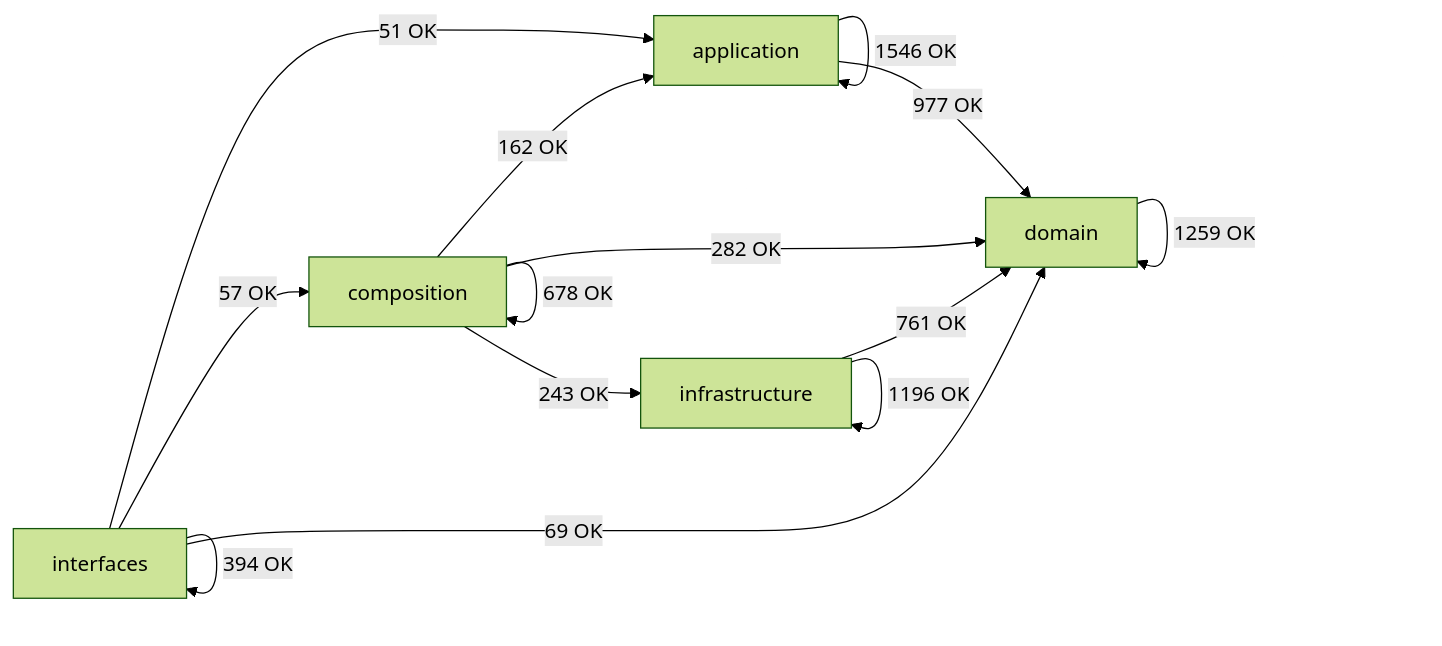
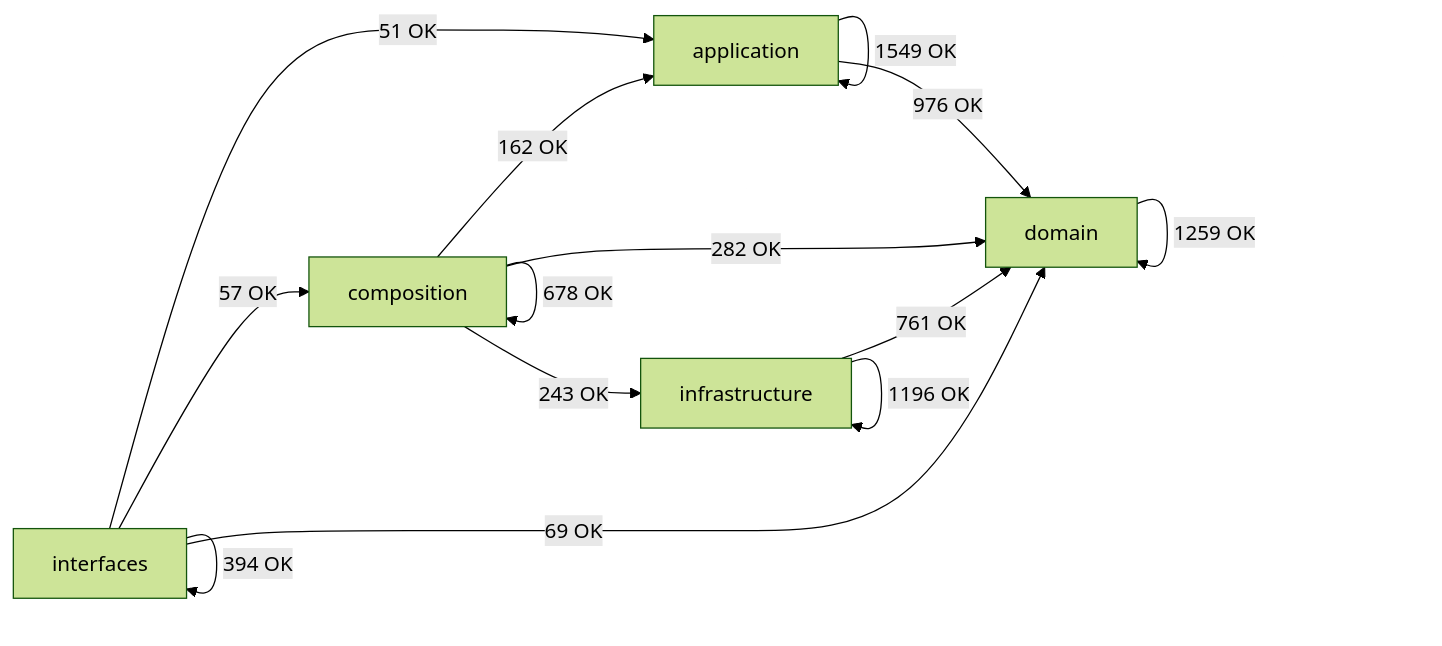
The diagram in docs/02-architecture/generated/module-dependency-map.md (SatoryKono/BioactivityDataAcquisition), drawn with Mermaid (forest theme) before and after one commit. The commit also changed other lines of this file and 17 other files, not shown here.

````diff
--- a/docs/02-architecture/generated/module-dependency-map.md
+++ b/docs/02-architecture/generated/module-dependency-map.md
@@ -17,21 +17,21 @@
 ```mermaid
 flowchart LR
     domain[domain]
     application[application]
     infrastructure[infrastructure]
     composition[composition]
     interfaces[interfaces]
-    application -->|1546 OK| application
-    application -->|977 OK| domain
+    application -->|1549 OK| application
+    application -->|976 OK| domain
     composition -->|162 OK| application
     composition -->|678 OK| composition
     composition -->|282 OK| domain
     composition -->|243 OK| infrastructure
     domain -->|1259 OK| domain
     infrastructure -->|761 OK| domain
     infrastructure -->|1196 OK| infrastructure
     interfaces -->|51 OK| application
     interfaces -->|57 OK| composition
     interfaces -->|69 OK| domain
     interfaces -->|394 OK| interfaces
 ```
````
